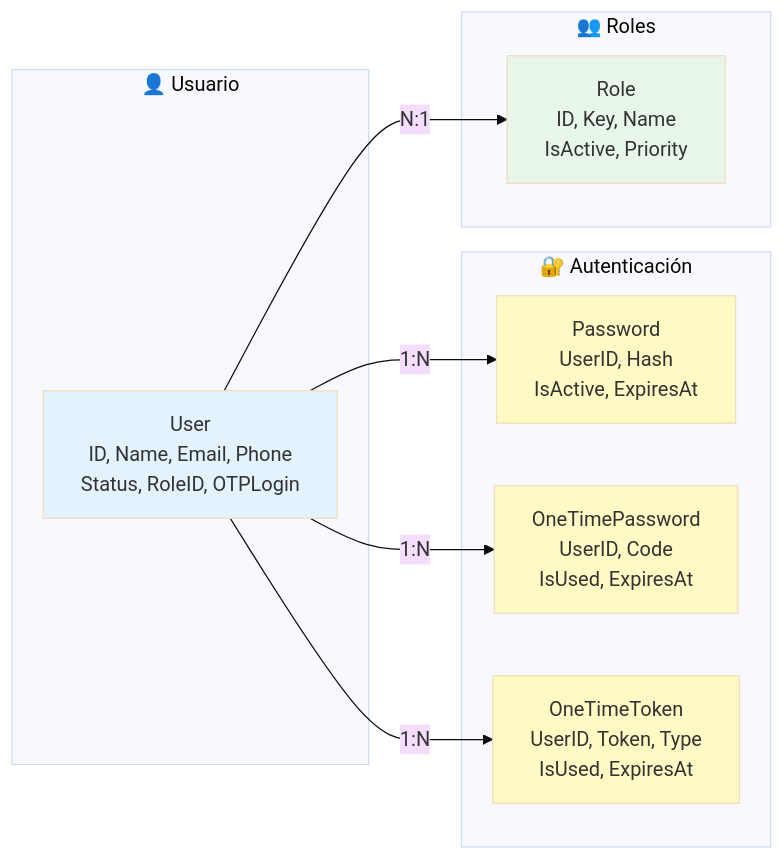
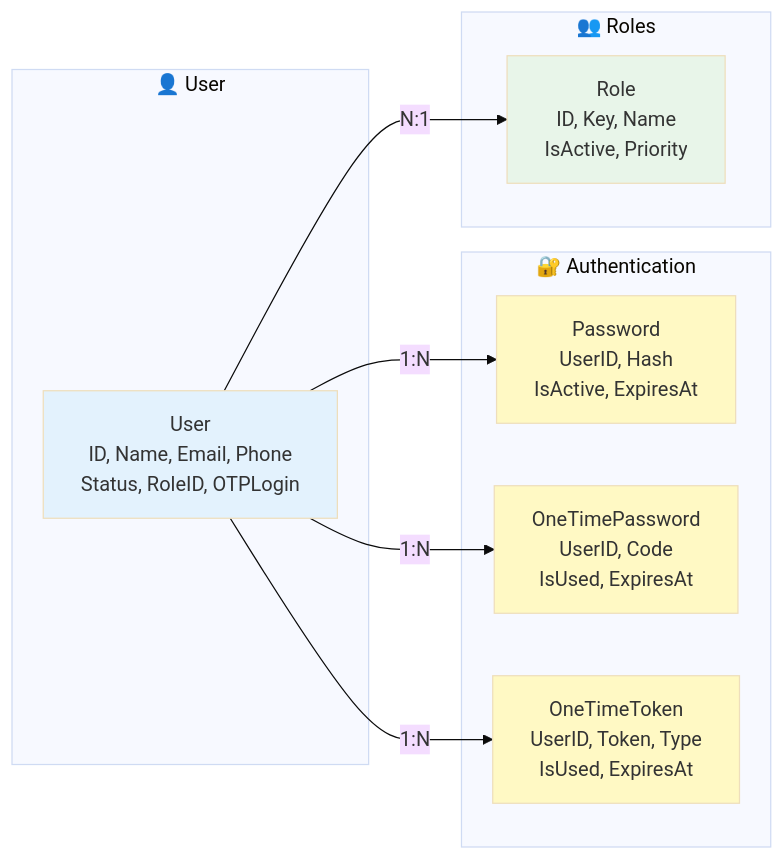
Diagram 18 of 27 in README.md (Simon3640/GoProjectSkeleton), drawn with Mermaid (base theme) before and after one commit. The commit also changed other lines of this file and 1 other file, not shown here.

````diff
--- a/README.md
+++ b/README.md
@@ -3368,27 +3368,27 @@
 ```mermaid
 graph LR
-    subgraph UserDomain["👤 Usuario"]
+    subgraph UserDomain["👤 User"]
         User[User<br/>ID, Name, Email, Phone<br/>Status, RoleID, OTPLogin]
     end
 
-    subgraph AuthDomain["🔐 Autenticación"]
+    subgraph AuthDomain["🔐 Authentication"]
         Password[Password<br/>UserID, Hash<br/>IsActive, ExpiresAt]
         OTP[OneTimePassword<br/>UserID, Code<br/>IsUsed, ExpiresAt]
         Token[OneTimeToken<br/>UserID, Token, Type<br/>IsUsed, ExpiresAt]
     end
 
     subgraph RoleDomain["👥 Roles"]
         Role[Role<br/>ID, Key, Name<br/>IsActive, Priority]
     end
 
     User -->|1:N| Password
     User -->|1:N| OTP
     User -->|1:N| Token
     User -->|N:1| Role
 
     style User fill:#e3f2fd
     style Password fill:#fff9c4
     style OTP fill:#fff9c4
     style Token fill:#fff9c4
     style Role fill:#e8f5e9
 ```
````
